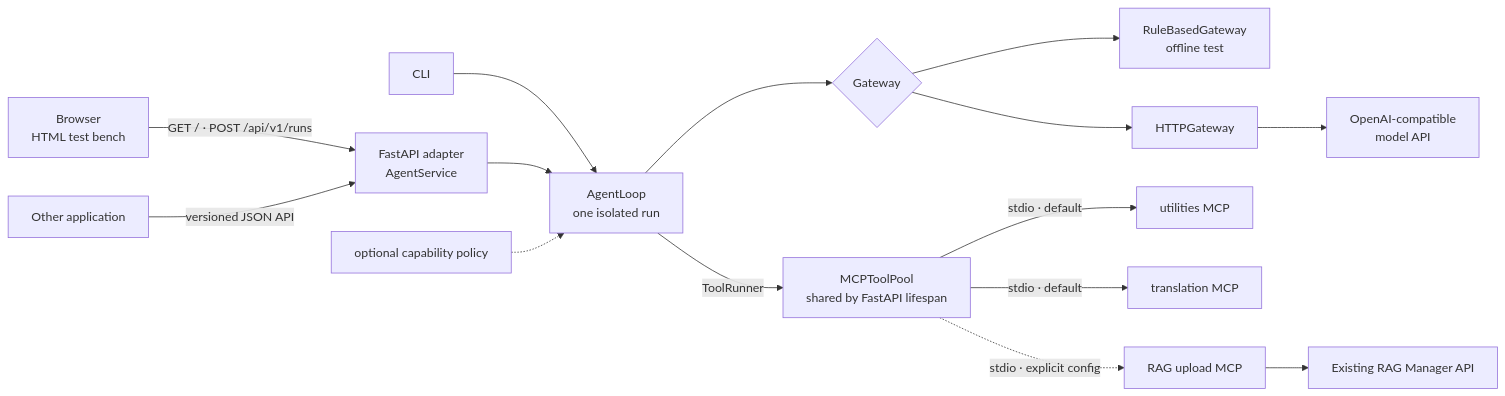
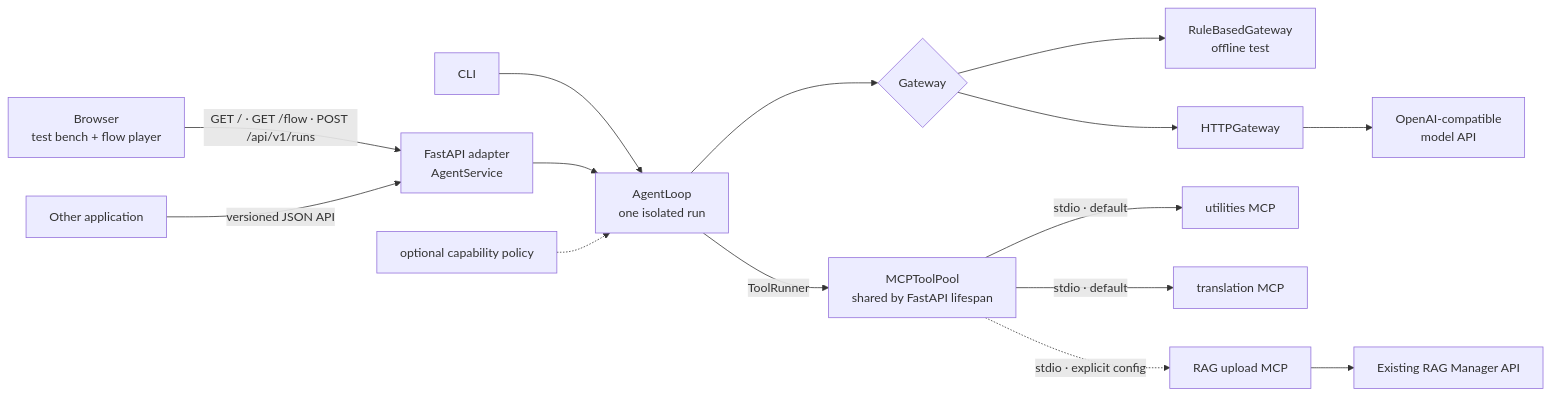
Before and after one commit to xian-ai-1057/mcp_agent: the first of 12 diagrams in docs/architecture.md, drawn with Mermaid. The commit also changed other lines of this file and 7 other files, not shown here.

````diff
--- a/docs/architecture.md
+++ b/docs/architecture.md
@@ -10,19 +10,19 @@
 ```mermaid
 flowchart LR
-    BROWSER["Browser<br/>HTML test bench"] -->|"GET / · POST /api/v1/runs"| WEB["FastAPI adapter<br/>AgentService"]
+    BROWSER["Browser<br/>test bench + flow player"] -->|"GET / · GET /flow · POST /api/v1/runs"| WEB["FastAPI adapter<br/>AgentService"]
     APP["Other application"] -->|"versioned JSON API"| WEB
     CLI["CLI"] --> CORE["AgentLoop<br/>one isolated run"]
     WEB --> CORE
 
     CORE --> GW{"Gateway"}
     GW --> FAKE["RuleBasedGateway<br/>offline test"]
     GW --> HTTPGW["HTTPGateway"]
     HTTPGW --> MODEL["OpenAI-compatible<br/>model API"]
 
     CORE -->|"ToolRunner"| POOL["MCPToolPool<br/>shared by FastAPI lifespan"]
     POOL -->|"stdio · default"| UTIL["utilities MCP"]
     POOL -->|"stdio · default"| TRANS["translation MCP"]
     POOL -.->|"stdio · explicit config"| RAG["RAG upload MCP"]
     RAG --> RAGAPI["Existing RAG Manager API"]
     POLICY["optional capability policy"] -.-> CORE
 ```
````
